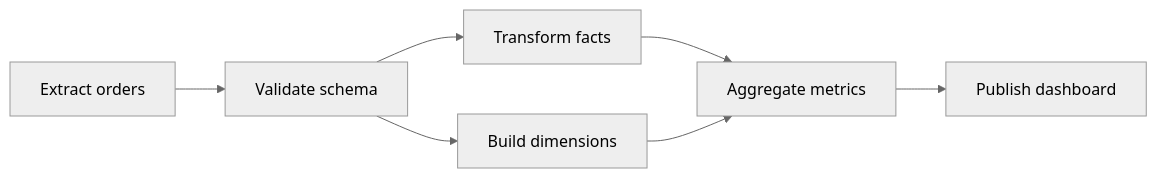
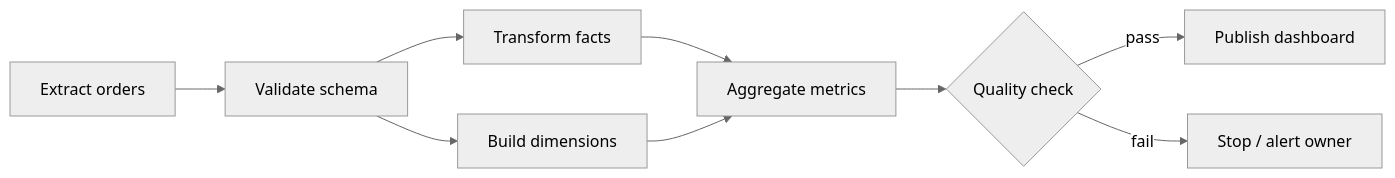
Before and after one commit to binarydevelop/system-design-patterns: the diagram in 18-workflow-job-systems/05-dag-orchestration.md, drawn with Mermaid (neutral theme). The commit also changed other lines of this file and 8 other files, not shown here.

````diff
--- a/18-workflow-job-systems/05-dag-orchestration.md
+++ b/18-workflow-job-systems/05-dag-orchestration.md
@@ -7,9 +13,11 @@
 ```mermaid
 flowchart LR
     A["Extract orders"] --> B["Validate schema"]
     B --> C["Transform facts"]
     B --> D["Build dimensions"]
     C --> E["Aggregate metrics"]
     D --> E
-    E --> F["Publish dashboard"]
+    E --> Q{"Quality check"}
+    Q -->|"pass"| F["Publish dashboard"]
+    Q -->|"fail"| S["Stop / alert owner"]
 ```
````
